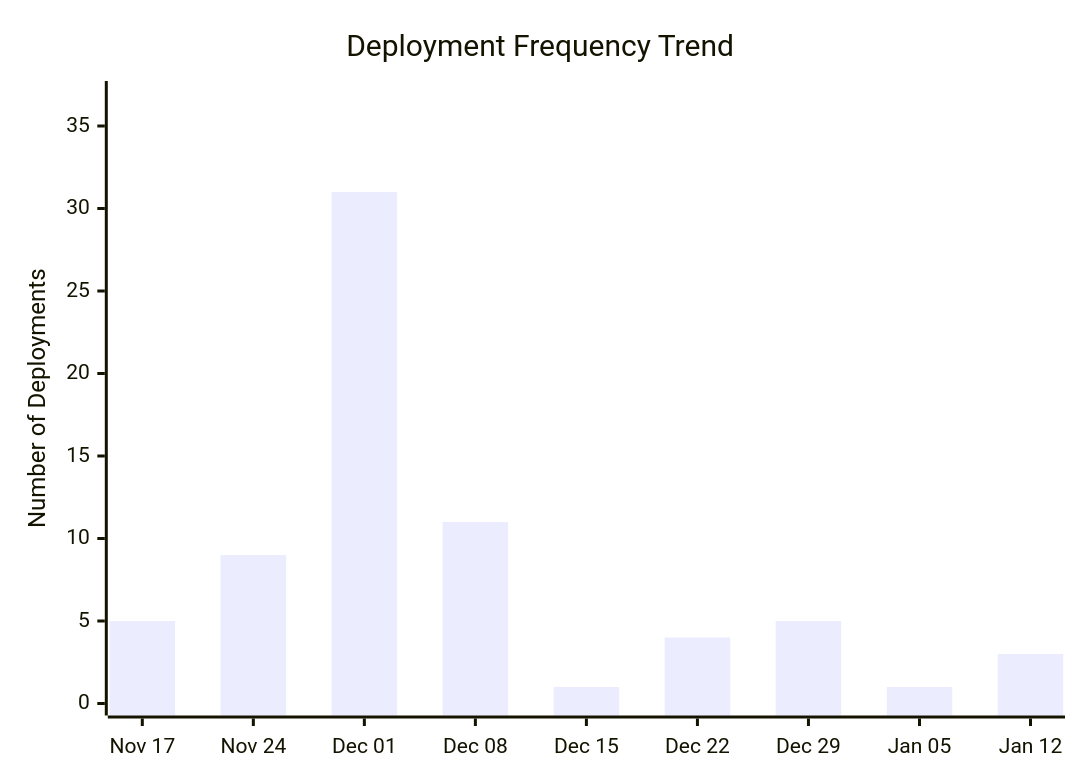
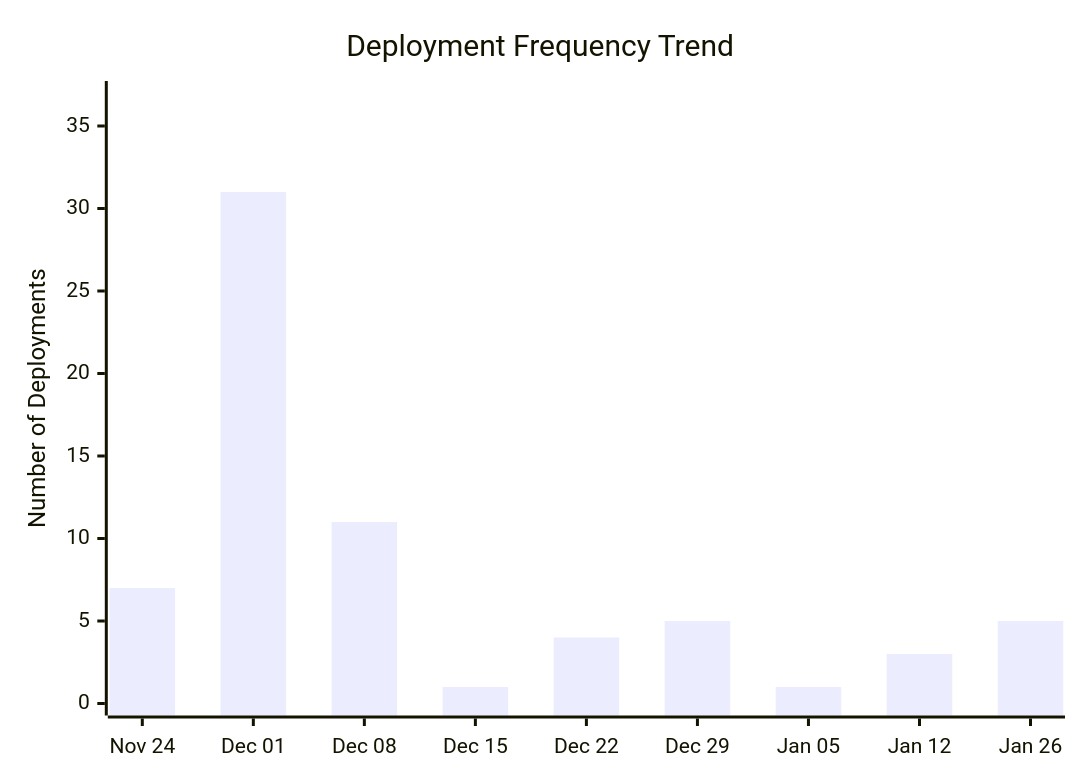
Before and after one commit to ukma-cs-ssdm-2025/rate-ukma: the third of 4 diagrams in docs/ci-cd/dora-summary.md, drawn with Mermaid. The commit also changed other lines of this file, not shown here.

````diff
--- a/docs/ci-cd/dora-summary.md
+++ b/docs/ci-cd/dora-summary.md
@@ -48,7 +53,7 @@
 ```mermaid
 xychart-beta
     title "Deployment Frequency Trend"
-    x-axis ["Nov 17", "Nov 24", "Dec 01", "Dec 08", "Dec 15", "Dec 22", "Dec 29", "Jan 05", "Jan 12"]
+    x-axis ["Nov 24", "Dec 01", "Dec 08", "Dec 15", "Dec 22", "Dec 29", "Jan 05", "Jan 12", "Jan 26"]
     y-axis "Number of Deployments" 0 --> 37
-    bar [5.00, 9.00, 31.00, 11.00, 1.00, 4.00, 5.00, 1.00, 3.00]
+    bar [7.00, 31.00, 11.00, 1.00, 4.00, 5.00, 1.00, 3.00, 5.00]
 ```
````
